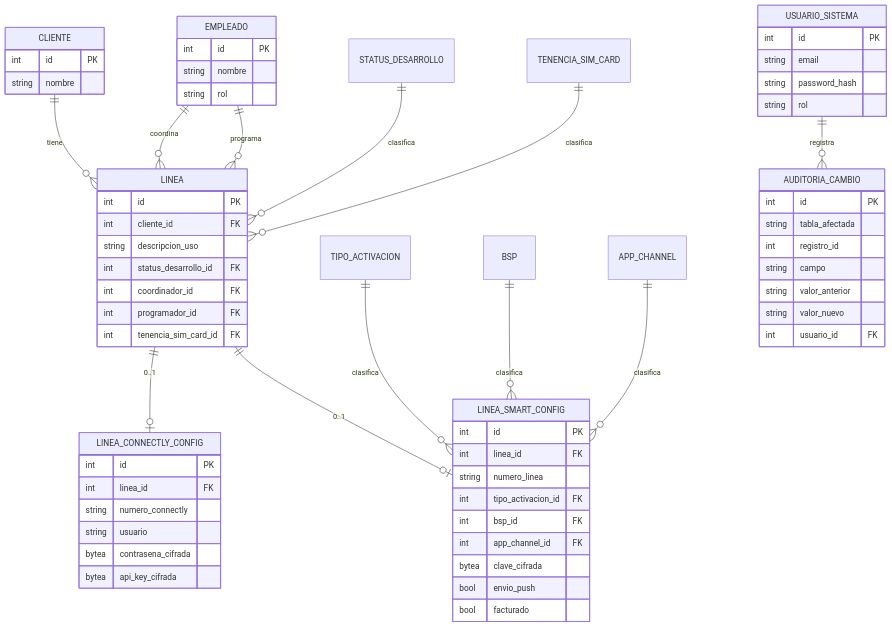
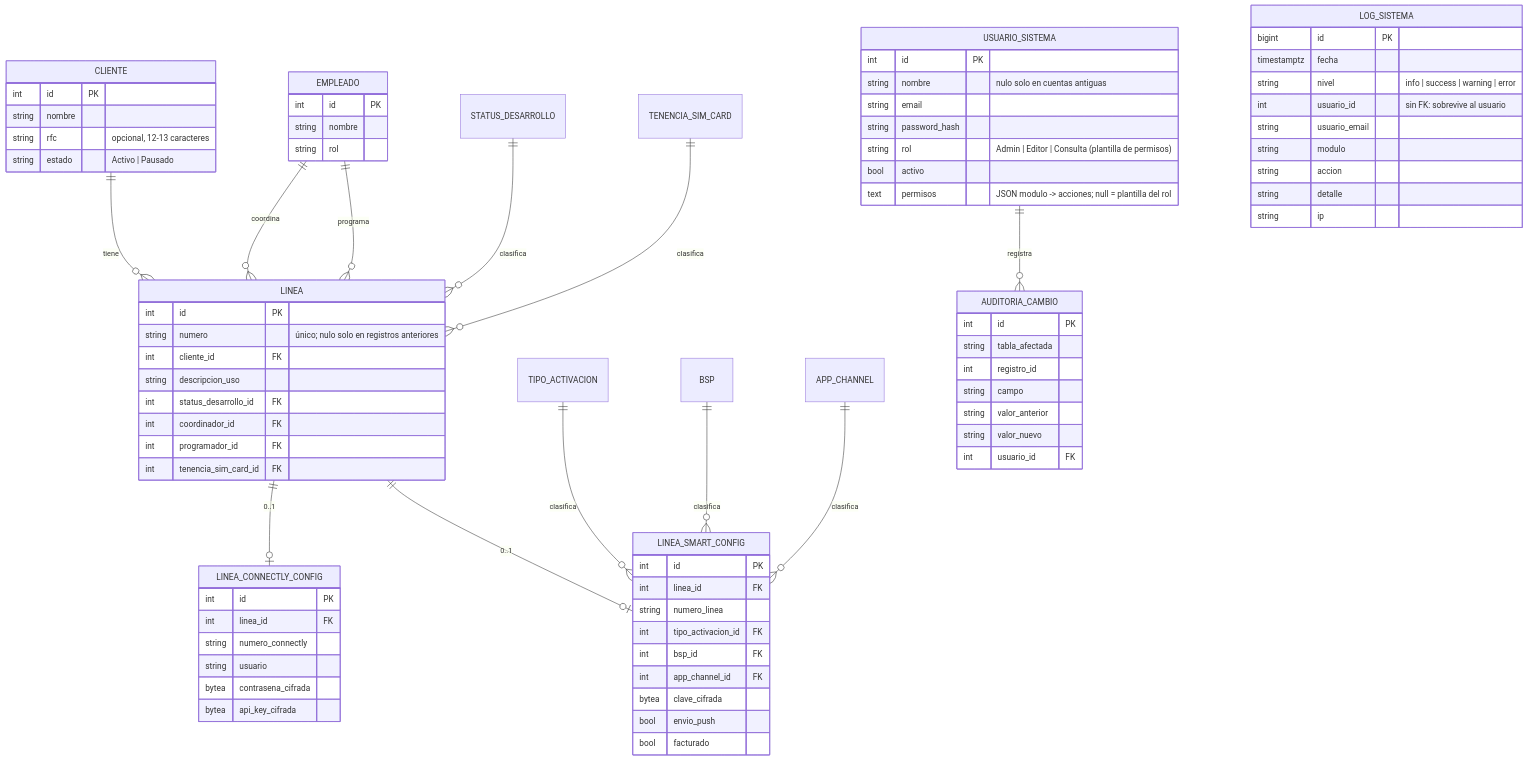
Before and after one commit to Striker-456/soulchat_inventario_lineas: the diagram in backend/docs/er-diagram.md, drawn with Mermaid. The commit also changed other lines of this file and 121 other files, not shown here.

```diff
--- a/backend/docs/er-diagram.md
+++ b/backend/docs/er-diagram.md
@@ -17,6 +17,8 @@
     CLIENTE {
         int id PK
         string nombre
+        string rfc "opcional, 12-13 caracteres"
+        string estado "Activo | Pausado"
     }
     EMPLEADO {
         int id PK
@@ -25,6 +27,7 @@
     }
     LINEA {
         int id PK
+        string numero "único; nulo solo en registros anteriores"
         int cliente_id FK
         string descripcion_uso
         int status_desarrollo_id FK
@@ -53,9 +56,23 @@
     }
     USUARIO_SISTEMA {
         int id PK
+        string nombre "nulo solo en cuentas antiguas"
         string email
         string password_hash
-        string rol
+        string rol "Admin | Editor | Consulta (plantilla de permisos)"
+        bool activo
+        text permisos "JSON modulo -> acciones; null = plantilla del rol"
+    }
+    LOG_SISTEMA {
+        bigint id PK
+        timestamptz fecha
+        string nivel "info | success | warning | error"
+        int usuario_id "sin FK: sobrevive al usuario"
+        string usuario_email
+        string modulo
+        string accion
+        string detalle
+        string ip
     }
     AUDITORIA_CAMBIO {
         int id PK
```
